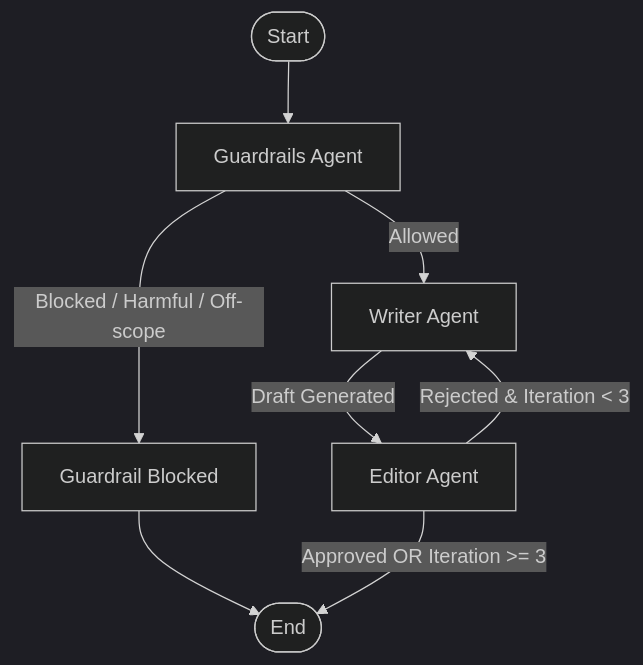
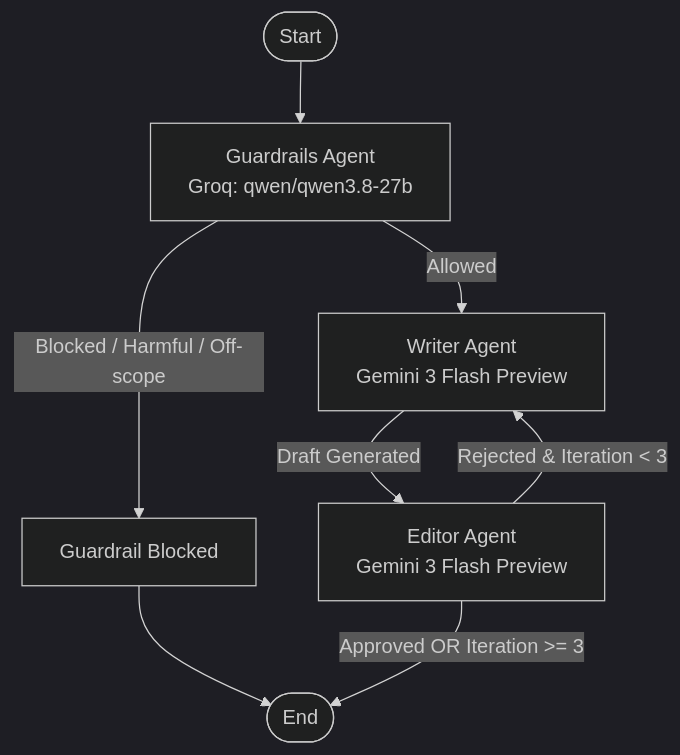
One commit to Al-Aasar/Writer-Editor-Multi-Agent-System changed the diagram in README.md. Above: the diagram before and after it, drawn with Mermaid (dark theme). The commit also changed other lines of this file, not shown here.

Commit message:
docs: update README with Gemini integration, MCP setup, and LangSmith observability details

````diff
--- a/README.md
+++ b/README.md
@@ -22,13 +23,13 @@
 ```mermaid
 flowchart TD
-    Start([Start]) --> Guardrails[Guardrails Agent]
+    Start([Start]) --> Guardrails[Guardrails Agent<br>Groq: qwen/qwen3.8-27b]
     
     Guardrails -->|Blocked / Harmful / Off-scope| BlockedNode[Guardrail Blocked]
     BlockedNode --> EndNode([End])
     
-    Guardrails -->|Allowed| Writer[Writer Agent]
-    Writer -->|Draft Generated| Editor[Editor Agent]
+    Guardrails -->|Allowed| Writer[Writer Agent<br>Gemini 3 Flash Preview]
+    Writer -->|Draft Generated| Editor[Editor Agent<br>Gemini 3 Flash Preview]
     
     Editor -->|Rejected & Iteration < 3| Writer
     Editor -->|Approved OR Iteration >= 3| EndNode
 ```
````
